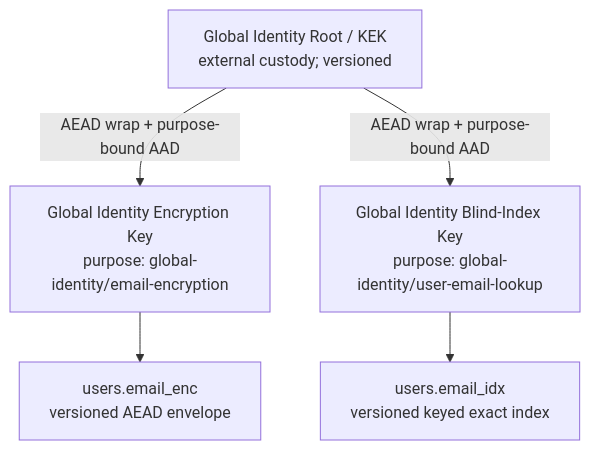
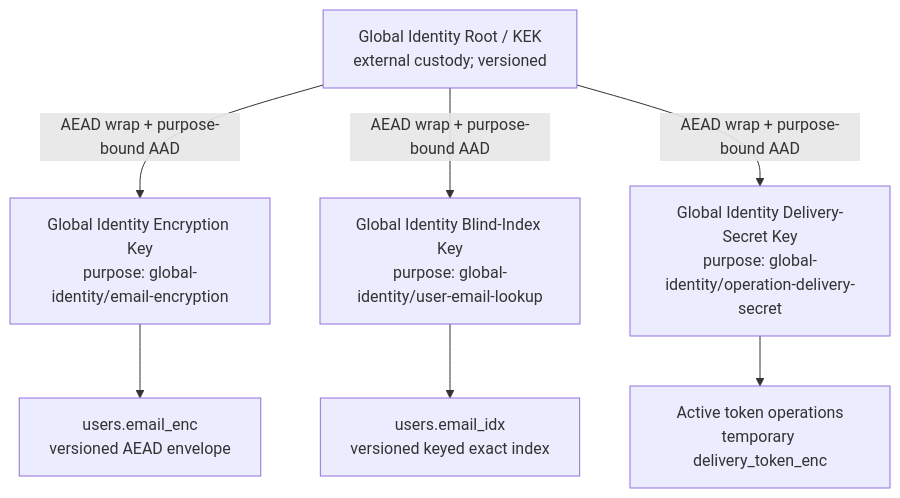
Before and after one commit to SecPal/.github: the first of 3 diagrams in docs/adr/20260720-global-identity-key-security-adr015.md, drawn with Mermaid. The commit also changed other lines of this file, not shown here.

Commit message:
docs: define secure token delivery lifecycle

````diff
--- a/docs/adr/20260720-global-identity-key-security-adr015.md
+++ b/docs/adr/20260720-global-identity-key-security-adr015.md
@@ -138,13 +138,17 @@
 ```mermaid
 flowchart TD
     R["Global Identity Root / KEK<br/>external custody; versioned"]
     E["Global Identity Encryption Key<br/>purpose: global-identity/email-encryption"]
     I["Global Identity Blind-Index Key<br/>purpose: global-identity/user-email-lookup"]
+    D["Global Identity Delivery-Secret Key<br/>purpose: global-identity/operation-delivery-secret"]
     C["users.email_enc<br/>versioned AEAD envelope"]
     X["users.email_idx<br/>versioned keyed exact index"]
+    O["Active token operations<br/>temporary delivery_token_enc"]
 
     R -->|"AEAD wrap + purpose-bound AAD"| E
     R -->|"AEAD wrap + purpose-bound AAD"| I
+    R -->|"AEAD wrap + purpose-bound AAD"| D
     E --> C
     I --> X
+    D --> O
 ```
````
